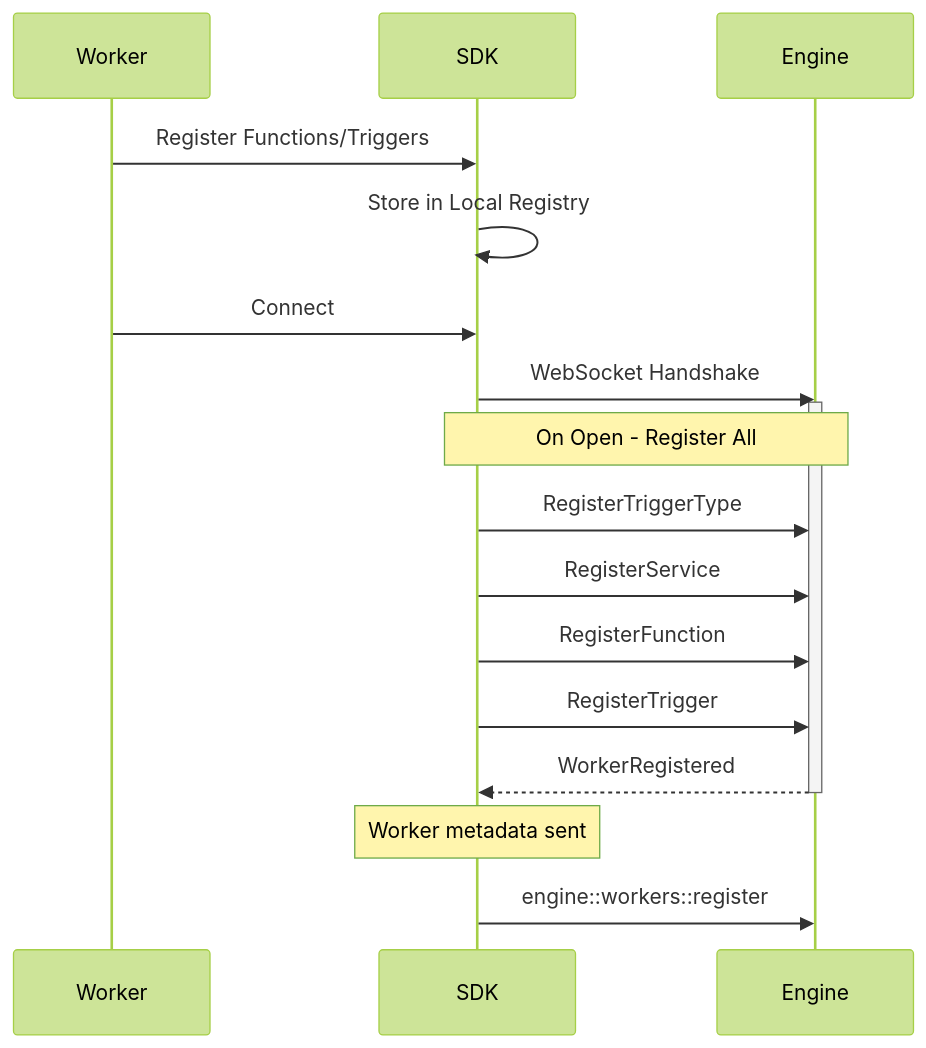
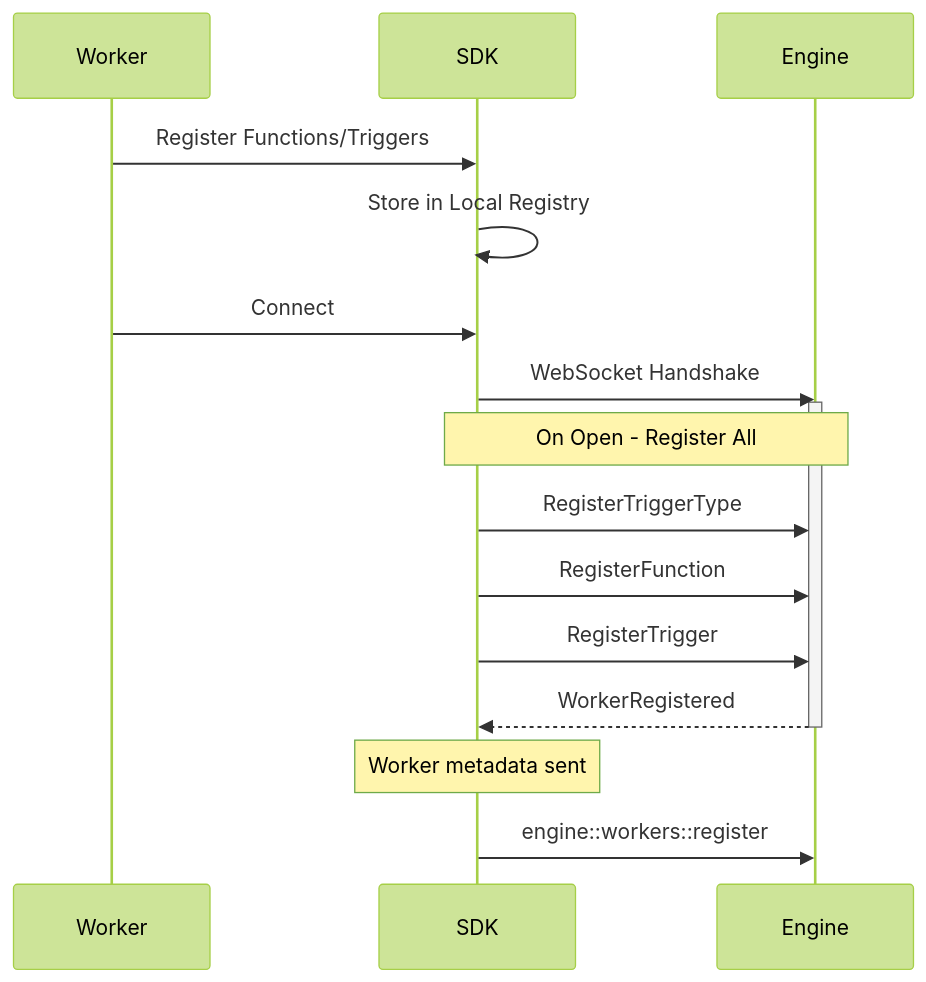
The second of 2 diagrams in content/advanced/sdk-implementation.mdx (iii-hq/docs), drawn with Mermaid (forest theme) before and after one commit. The commit also changed other lines of this file and 23 other files, not shown here.

````diff
--- a/content/advanced/sdk-implementation.mdx
+++ b/content/advanced/sdk-implementation.mdx
@@ -22,25 +22,24 @@
 ```mermaid
 sequenceDiagram
     participant Worker
     participant SDK
     participant Engine
 
     Worker->>SDK: Register Functions/Triggers
     SDK->>SDK: Store in Local Registry
 
     Worker->>SDK: Connect
     SDK->>Engine: WebSocket Handshake
     activate Engine
 
     Note over SDK, Engine: On Open - Register All
     SDK->>Engine: RegisterTriggerType
-    SDK->>Engine: RegisterService
     SDK->>Engine: RegisterFunction
     SDK->>Engine: RegisterTrigger
 
     Engine-->>SDK: WorkerRegistered
     deactivate Engine
 
     Note over SDK: Worker metadata sent
     SDK->>Engine: engine::workers::register
 ```
````
